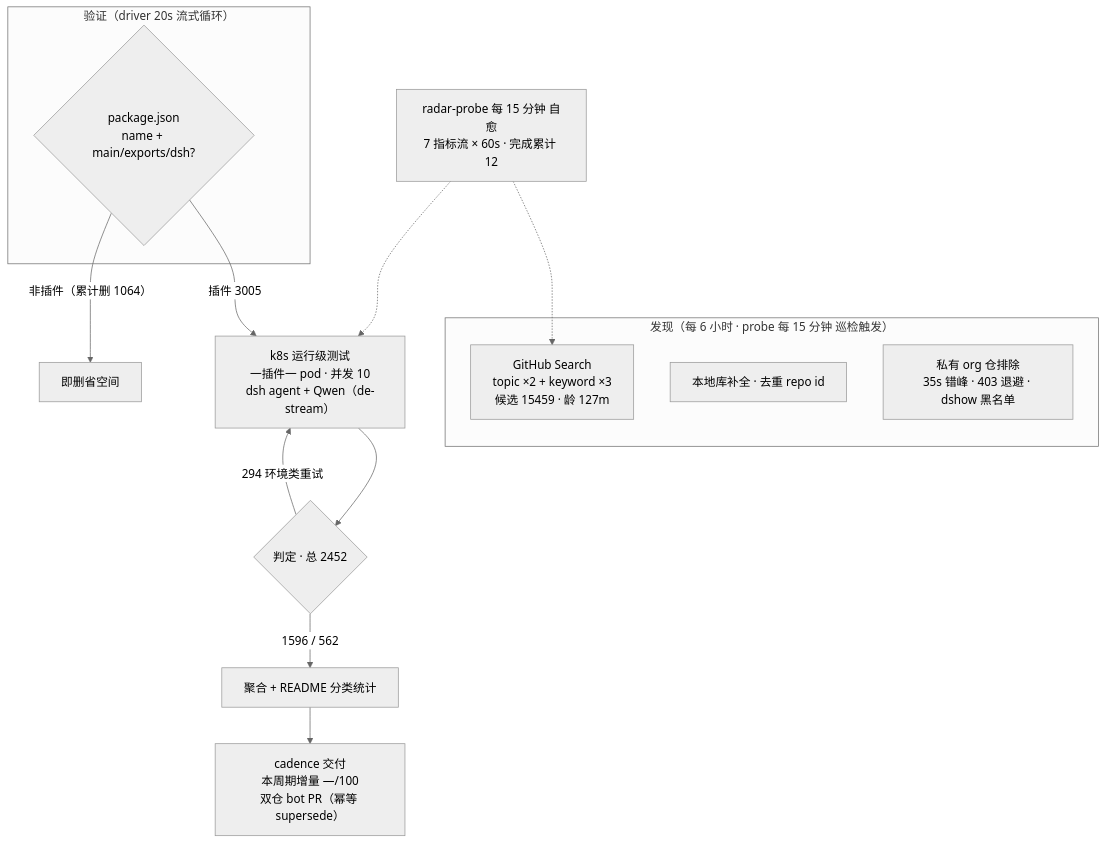
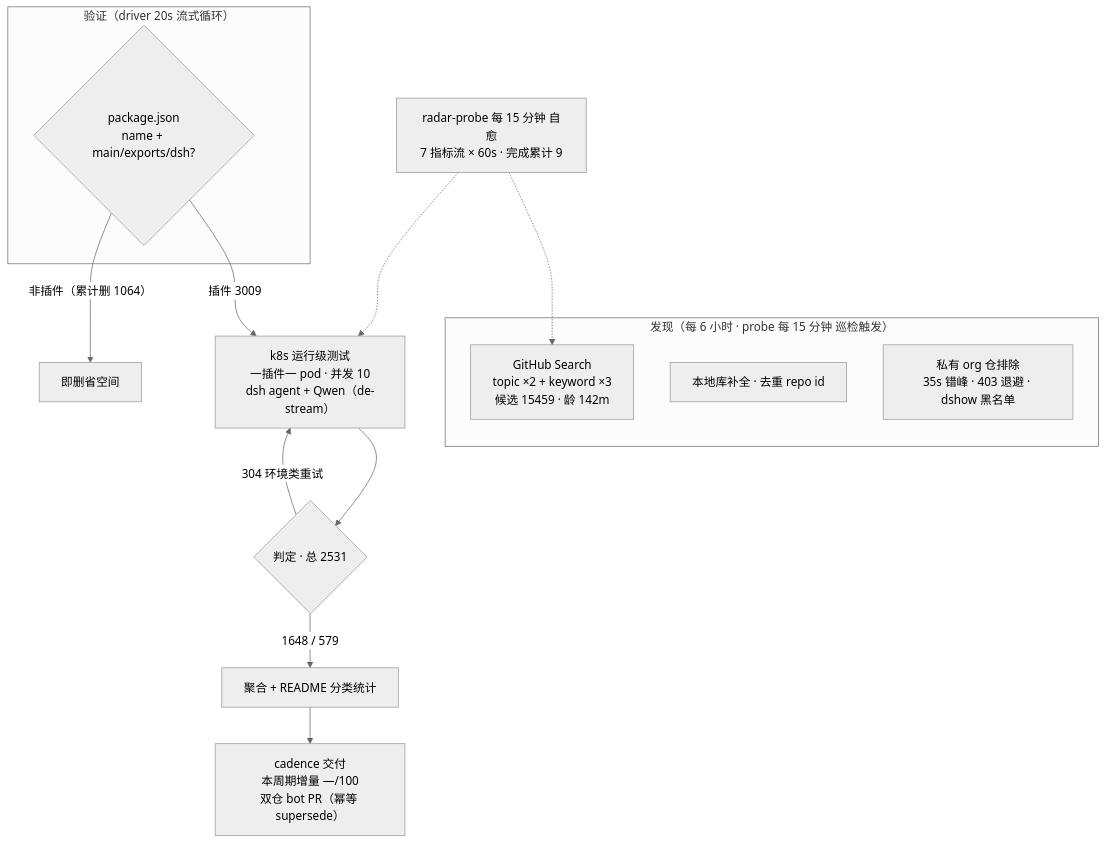
The diagram in README.md (Zhidao-Lab-OSS/awesome-dsh-plugins), drawn with Mermaid (neutral theme) before and after one commit. The commit also changed other lines of this file and 1 other file, not shown here.

````diff
--- a/README.md
+++ b/README.md
@@ -37,20 +37,20 @@
 ```mermaid
 flowchart TB
     subgraph Discovery["发现（每 6 小时 · probe 每 15 分钟 巡检触发）"]
-        A1["GitHub Search<br/>topic ×2 + keyword ×3<br/>候选 15459 · 龄 127m"]
+        A1["GitHub Search<br/>topic ×2 + keyword ×3<br/>候选 15459 · 龄 142m"]
         A2["本地库补全 · 去重 repo id"]
         A3["私有 org 仓排除<br/>35s 错峰 · 403 退避 · dshow 黑名单"]
     end
     subgraph Validation["验证（driver 20s 流式循环）"]
         B1{"package.json<br/>name + main/exports/dsh?"}
     end
-    B1 -->|"插件 3005"| C1["k8s 运行级测试<br/>一插件一 pod · 并发 10<br/>dsh agent + Qwen（de-stream）"]
+    B1 -->|"插件 3009"| C1["k8s 运行级测试<br/>一插件一 pod · 并发 10<br/>dsh agent + Qwen（de-stream）"]
     B1 -->|"非插件（累计删 1064）"| B3["即删省空间"]
-    C1 --> D1{"判定 · 总 2452"}
-    D1 -->|"1596 / 562"| E1["聚合 + README 分类统计"]
-    D1 -->|"294 环境类重试"| C1
+    C1 --> D1{"判定 · 总 2531"}
+    D1 -->|"1648 / 579"| E1["聚合 + README 分类统计"]
+    D1 -->|"304 环境类重试"| C1
     E1 --> E2["cadence 交付<br/>本周期增量 —/100<br/>双仓 bot PR（幂等 supersede）"]
-    M["radar-probe 每 15 分钟 自愈<br/>7 指标流 × 60s · 完成累计 12"]
+    M["radar-probe 每 15 分钟 自愈<br/>7 指标流 × 60s · 完成累计 9"]
     M -.-> A1
     M -.-> C1
 ```
````
